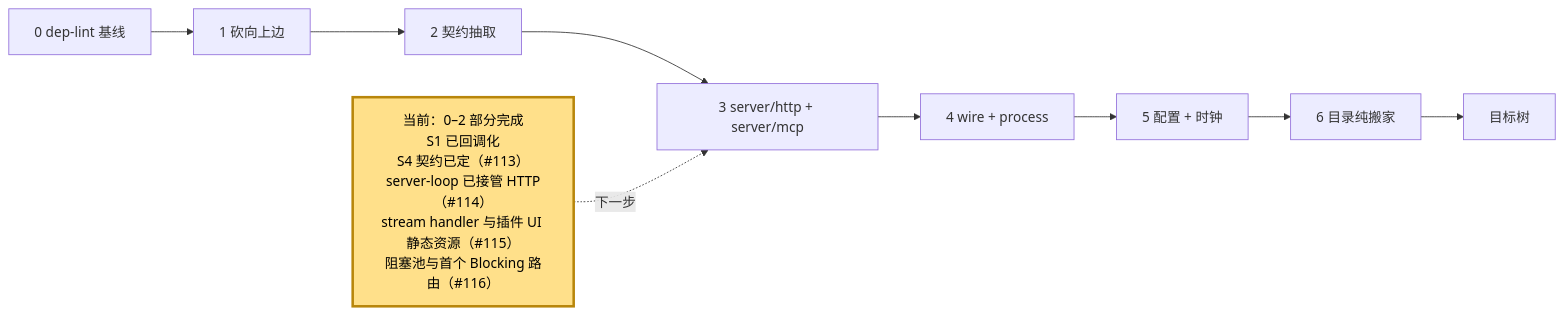
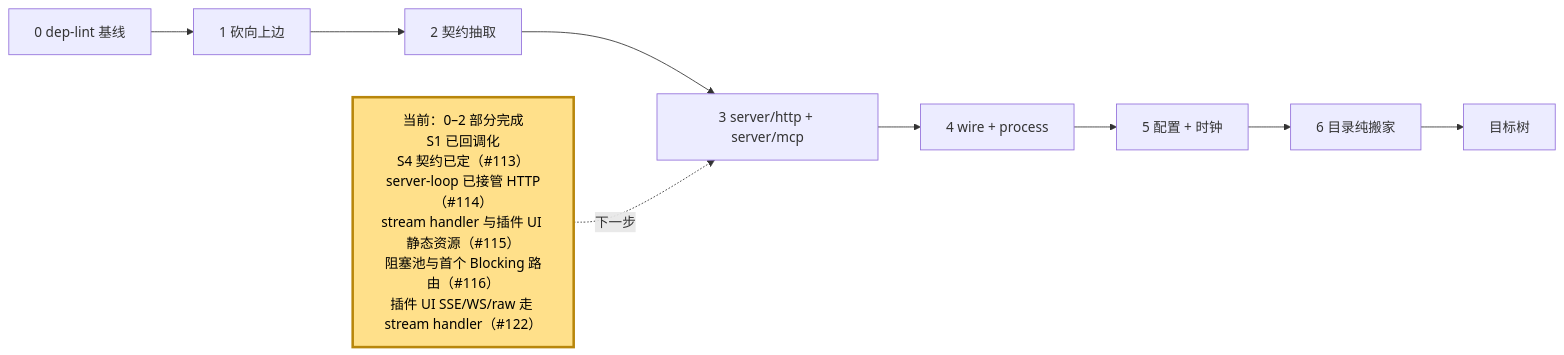
One commit to webxxxxx/plugin-manager changed the fifth of 5 diagrams in docs/architecture.md. Above: the diagram before and after it, drawn with Mermaid. The commit also changed other lines of this file and 18 other files, not shown here.

First line of the commit message:
feat(server): 插件 UI SSE/WS/raw 走 StreamHandler (#122)

````diff
--- a/docs/architecture.md
+++ b/docs/architecture.md
@@ -378,15 +379,15 @@
 ```mermaid
 flowchart LR
     S0["0 dep-lint 基线"] --> S1["1 砍向上边"]
     S1 --> S2["2 契约抽取"]
     S2 --> S3["3 server/http + server/mcp"]
     S3 --> S4["4 wire + process"]
     S4 --> S5["5 配置 + 时钟"]
     S5 --> S6["6 目录纯搬家"]
     S6 --> DONE["目标树"]
 
-    NOW["当前：0–2 部分完成<br/>S1 已回调化<br/>S4 契约已定（#113）<br/>server-loop 已接管 HTTP（#114）<br/>stream handler 与插件 UI 静态资源（#115）<br/>阻塞池与首个 Blocking 路由（#116）"]:::current
+    NOW["当前：0–2 部分完成<br/>S1 已回调化<br/>S4 契约已定（#113）<br/>server-loop 已接管 HTTP（#114）<br/>stream handler 与插件 UI 静态资源（#115）<br/>阻塞池与首个 Blocking 路由（#116）<br/>插件 UI SSE/WS/raw 走 stream handler（#122）"]:::current
     NOW -.->|下一步| S3
 
     classDef current fill:#ffe08a,stroke:#b8860b,stroke-width:3px,color:#000
 ```
````
